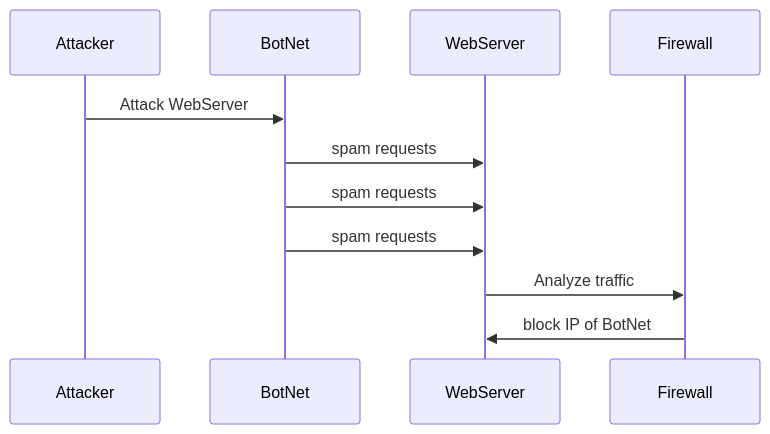
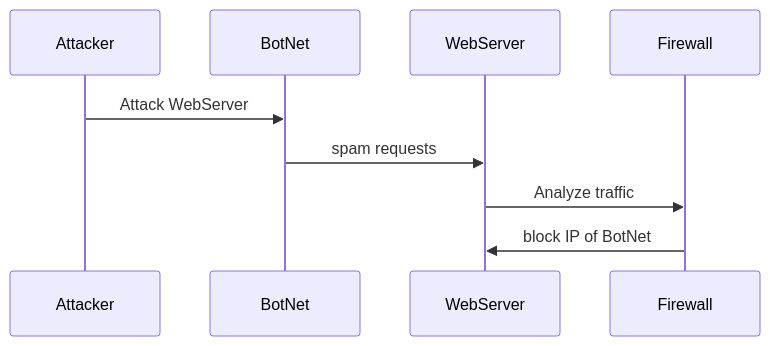
Before and after one commit to JulianFlicker11/JulianFlicker11.github.io: the diagram in DDoS_Attack_Sequence.md, drawn with Mermaid.

````diff
--- a/DDoS_Attack_Sequence.md
+++ b/DDoS_Attack_Sequence.md
@@ -1,14 +1,12 @@
 ```mermaid
 sequenceDiagram
 participant Attacker
 participant BotNet
 participant WebServer
 participant Firewall
 Attacker->>BotNet: Attack WebServer
 BotNet->>WebServer: spam requests
-BotNet->>WebServer: spam requests
-BotNet->>WebServer: spam requests
 WebServer->>Firewall: Analyze traffic
 Firewall->>WebServer: block IP of BotNet
 
 ```
````
